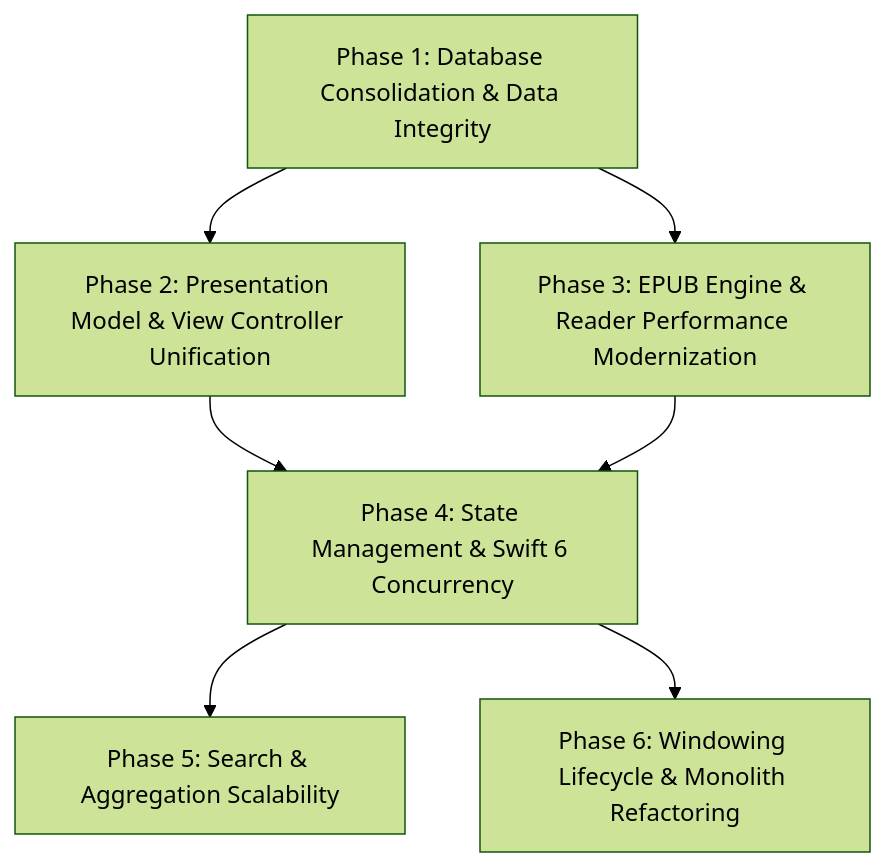
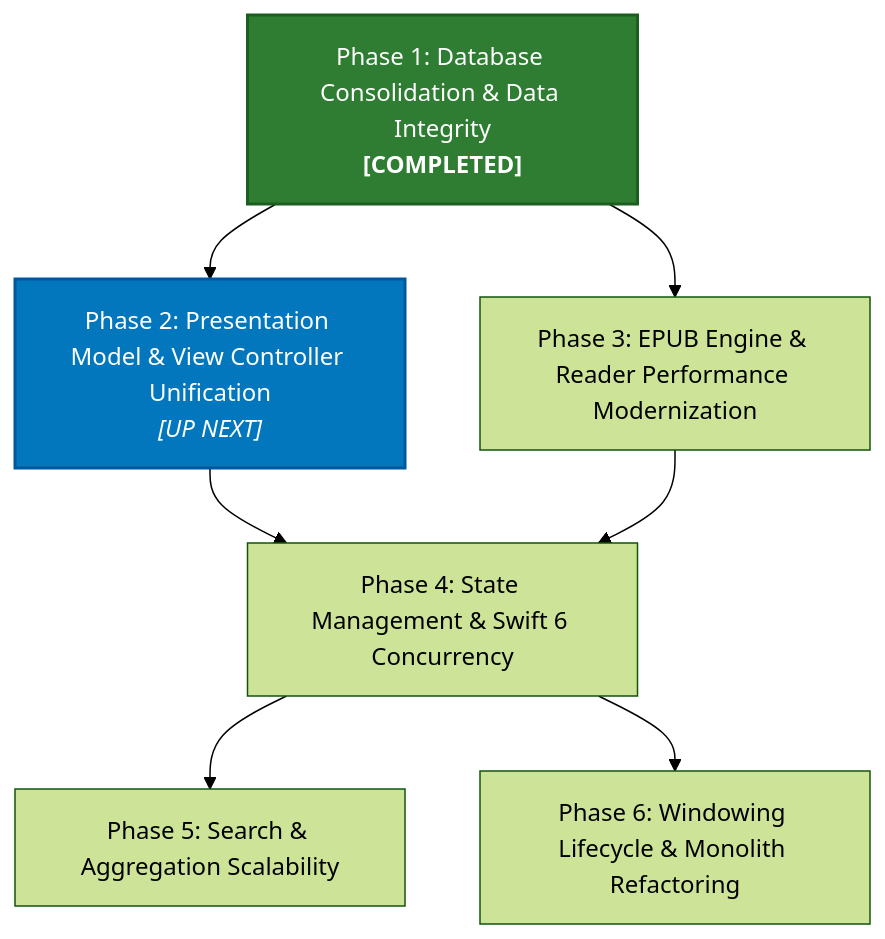
One commit to kyrielie/ambrosia changed the diagram in docs/roadmap.md. Above: the diagram before and after it, drawn with Mermaid (forest theme). The commit also changed other lines of this file and 11 other files, not shown here.

````diff
--- a/docs/roadmap.md
+++ b/docs/roadmap.md
@@ -9,9 +9,12 @@
 ```mermaid
 flowchart TD
-    P1["Phase 1: Database Consolidation & Data Integrity"] --> P2["Phase 2: Presentation Model & View Controller Unification"]
+    P1["Phase 1: Database Consolidation & Data Integrity<br/><b>[COMPLETED]</b>"] --> P2["Phase 2: Presentation Model & View Controller Unification<br/><i>[UP NEXT]</i>"]
     P1 --> P3["Phase 3: EPUB Engine & Reader Performance Modernization"]
     P2 --> P4["Phase 4: State Management & Swift 6 Concurrency"]
     P3 --> P4
     P4 --> P5["Phase 5: Search & Aggregation Scalability"]
     P4 --> P6["Phase 6: Windowing Lifecycle & Monolith Refactoring"]
+
+    style P1 fill:#2e7d32,stroke:#1b5e20,stroke-width:2px,color:#ffffff
+    style P2 fill:#0277bd,stroke:#01579b,stroke-width:2px,color:#ffffff
 ```
````
